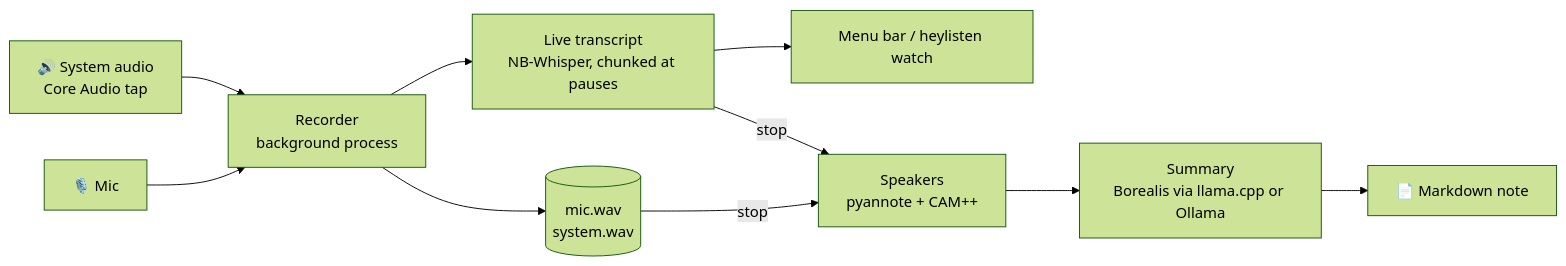
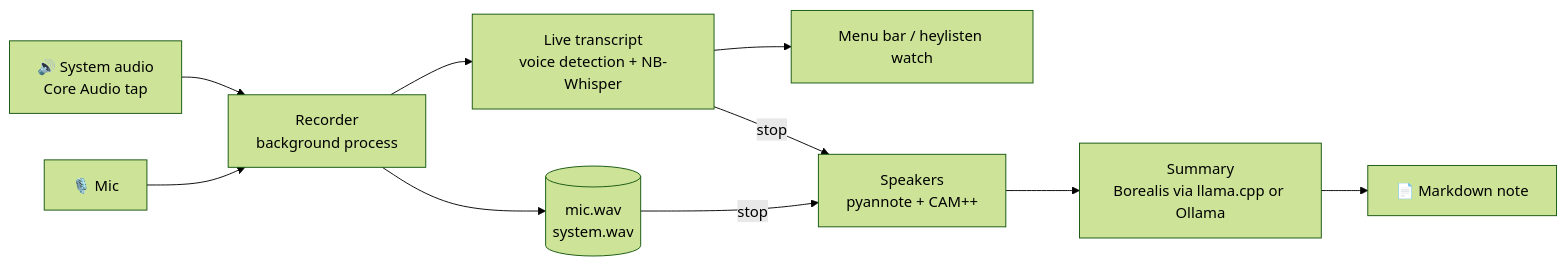
Before and after one commit to nikolaia/heylisten: the diagram in README.md, drawn with Mermaid (forest theme). The commit also changed other lines of this file and 13 other files, not shown here.

````diff
--- a/README.md
+++ b/README.md
@@ -120,12 +121,12 @@
 ```mermaid
 flowchart LR
     mic[🎙️ Mic] --> rec
     sys[🔊 System audio<br/>Core Audio tap] --> rec
     rec[Recorder<br/>background process] --> wav[(mic.wav<br/>system.wav)]
-    rec --> live[Live transcript<br/>NB-Whisper, chunked at pauses]
+    rec --> live[Live transcript<br/>voice detection + NB-Whisper]
     live --> view[Menu bar / heylisten watch]
     wav -- stop --> dia[Speakers<br/>pyannote + CAM++]
     live -- stop --> dia
     dia --> sum[Summary<br/>Borealis via llama.cpp or Ollama]
     sum --> note[📄 Markdown note]
 ```
````
